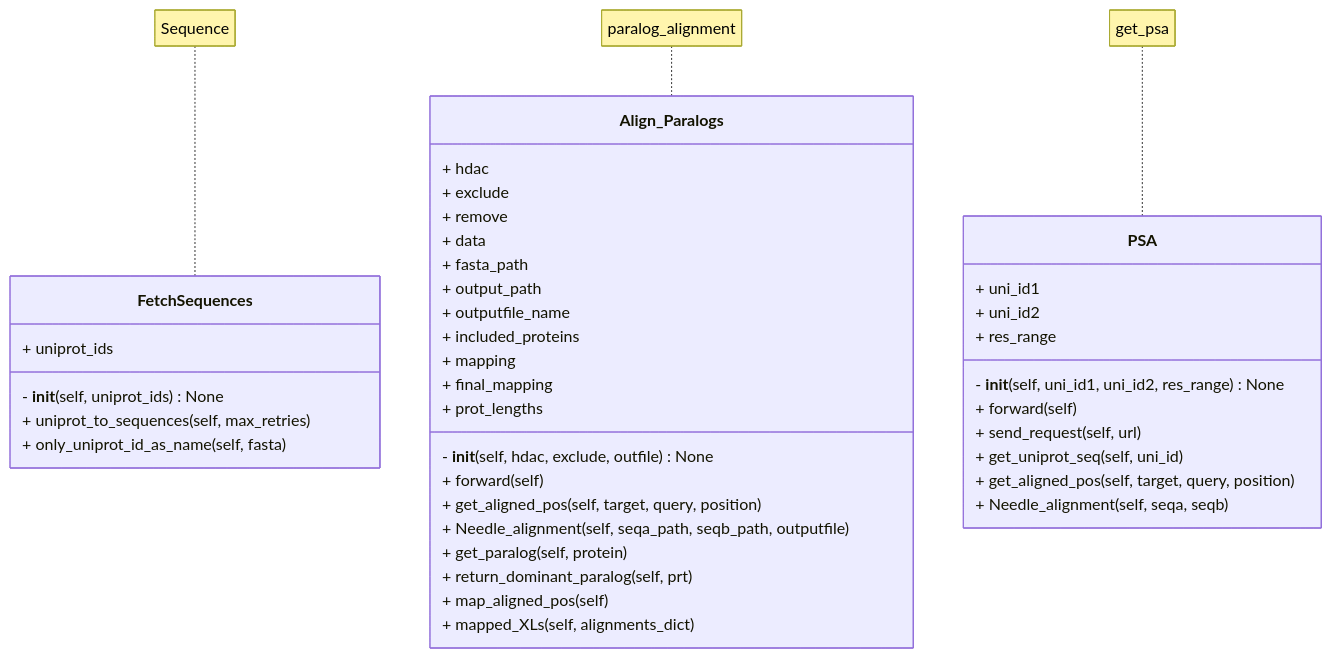
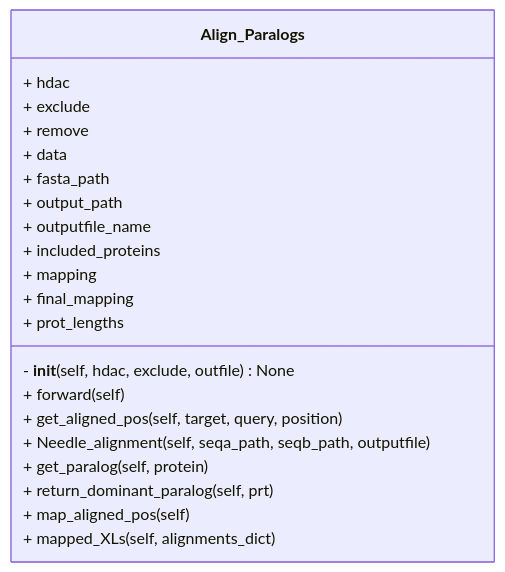
The second of 3 diagrams in pre_processing/sequence/README.md (isblab/IMP_Toolbox), drawn with Mermaid before and after one commit.

````diff
--- a/pre_processing/sequence/README.md
+++ b/pre_processing/sequence/README.md
@@ -2,50 +24,25 @@
 ```mermaid
----
-config:
-    class:
-        hideEmptyMembersBox: true
----
 classDiagram
-    note for FetchSequences "Sequence"
-    class FetchSequences {
-        + uniprot_ids
-        - __init__(self, uniprot_ids) None
-        + uniprot_to_sequences(self, max_retries)
-        + only_uniprot_id_as_name(self, fasta)
-    }
-    note for Align_Paralogs "paralog_alignment"
     class Align_Paralogs {
         + hdac
         + exclude
         + remove
         + data
         + fasta_path
         + output_path
         + outputfile_name
         + included_proteins
         + mapping
         + final_mapping
         + prot_lengths
         - __init__(self, hdac, exclude, outfile) None
         + forward(self)
         + get_aligned_pos(self, target, query, position)
         + Needle_alignment(self, seqa_path, seqb_path, outputfile)
         + get_paralog(self, protein)
         + return_dominant_paralog(self, prt)
         + map_aligned_pos(self)
         + mapped_XLs(self, alignments_dict)
     }
-    note for PSA "get_psa"
-    class PSA {
-        + uni_id1
-        + uni_id2
-        + res_range
-        - __init__(self, uni_id1, uni_id2, res_range) None
-        + forward(self)
-        + send_request(self, url)
-        + get_uniprot_seq(self, uni_id)
-        + get_aligned_pos(self, target, query, position)
-        + Needle_alignment(self, seqa, seqb)
-    }
 
 ```
````
